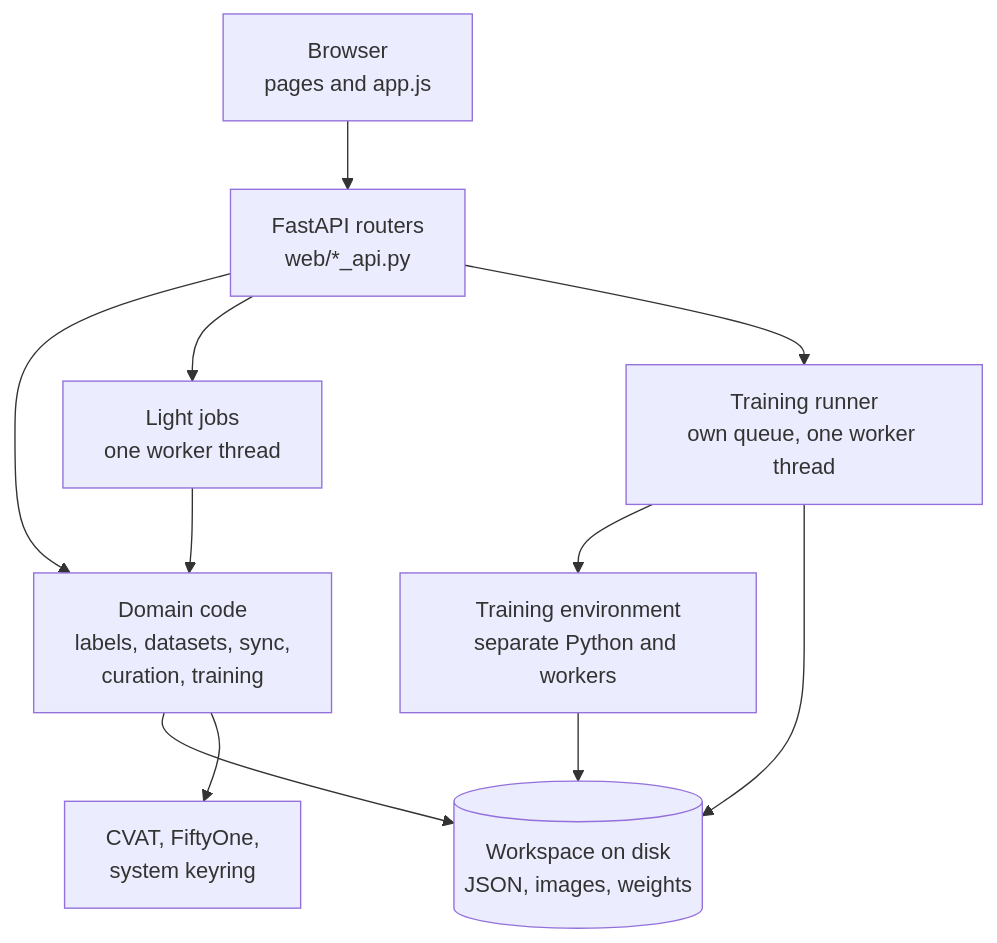
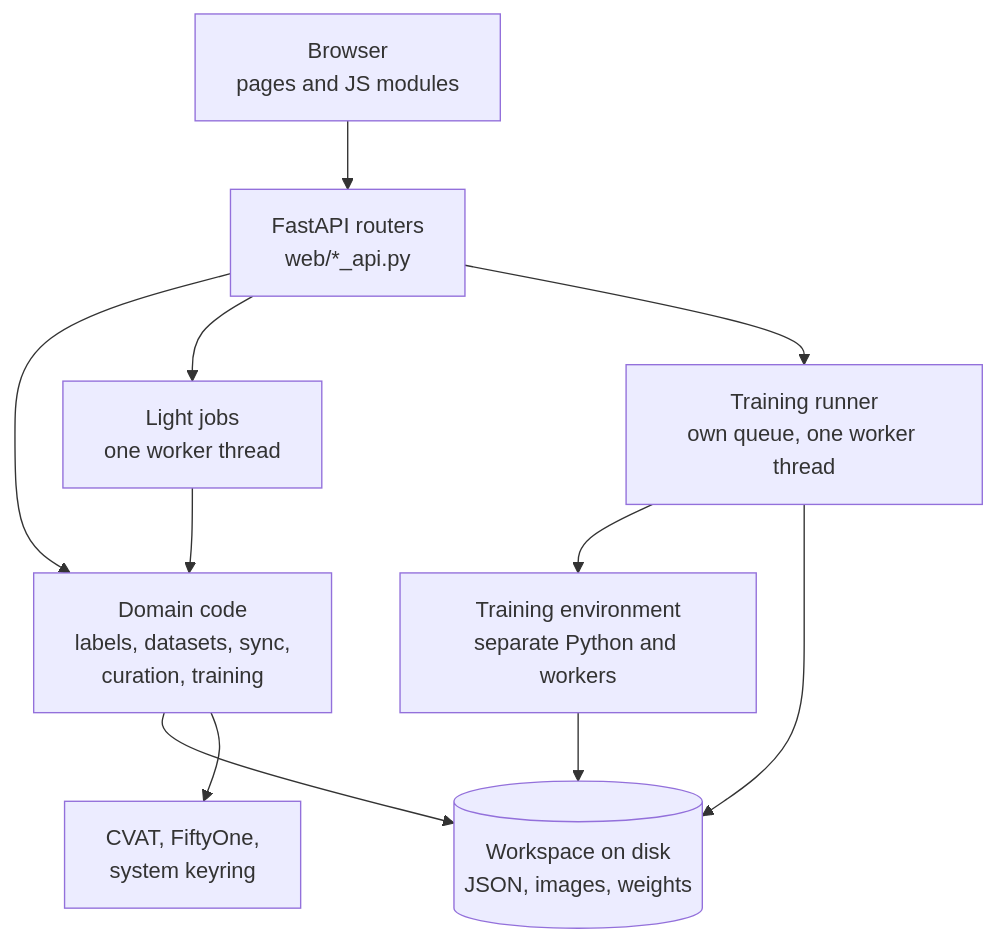
Before and after one commit to karemdm/activelabel: the first of 8 diagrams in docs/ARCHITECTURE.md, drawn with Mermaid. The commit also changed 16 other files, not shown here.

````diff
--- a/docs/ARCHITECTURE.md
+++ b/docs/ARCHITECTURE.md
@@ -11,21 +11,21 @@
 ```mermaid
 flowchart TB
-  UI["Browser<br/>pages and app.js"]
+  UI["Browser<br/>pages and JS modules"]
   API["FastAPI routers<br/>web/*_api.py"]
   DOM["Domain code<br/>labels, datasets, sync,<br/>curation, training"]
   JOB["Light jobs<br/>one worker thread"]
   RUN["Training runner<br/>own queue, one worker thread"]
   ENV["Training environment<br/>separate Python and workers"]
   DISK[("Workspace on disk<br/>JSON, images, weights")]
   EXT["CVAT, FiftyOne,<br/>system keyring"]
   UI --> API
   API --> DOM
   API --> JOB
   API --> RUN
   JOB --> DOM
   DOM --> DISK
   DOM --> EXT
   RUN --> ENV
   RUN --> DISK
   ENV --> DISK
 ```
````
